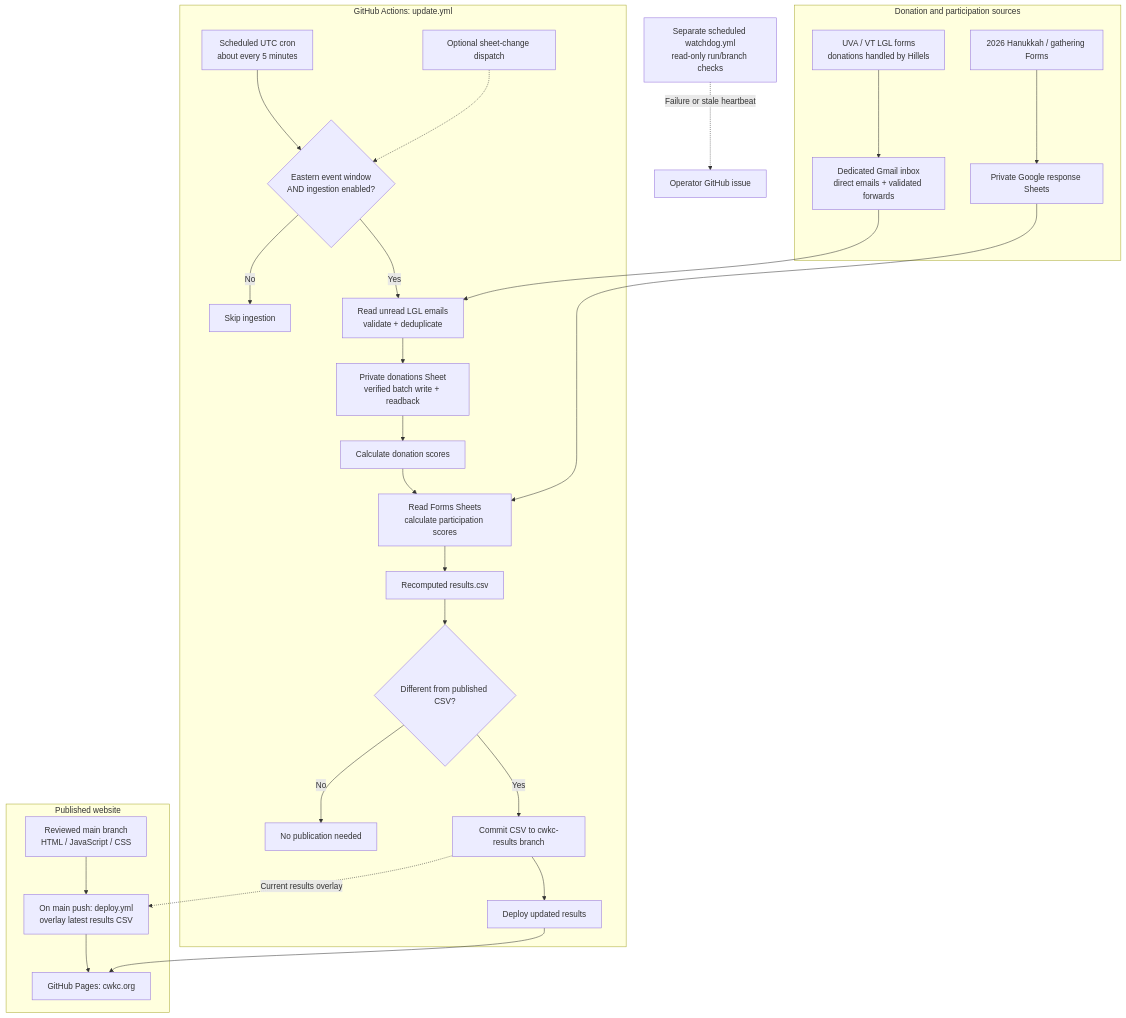
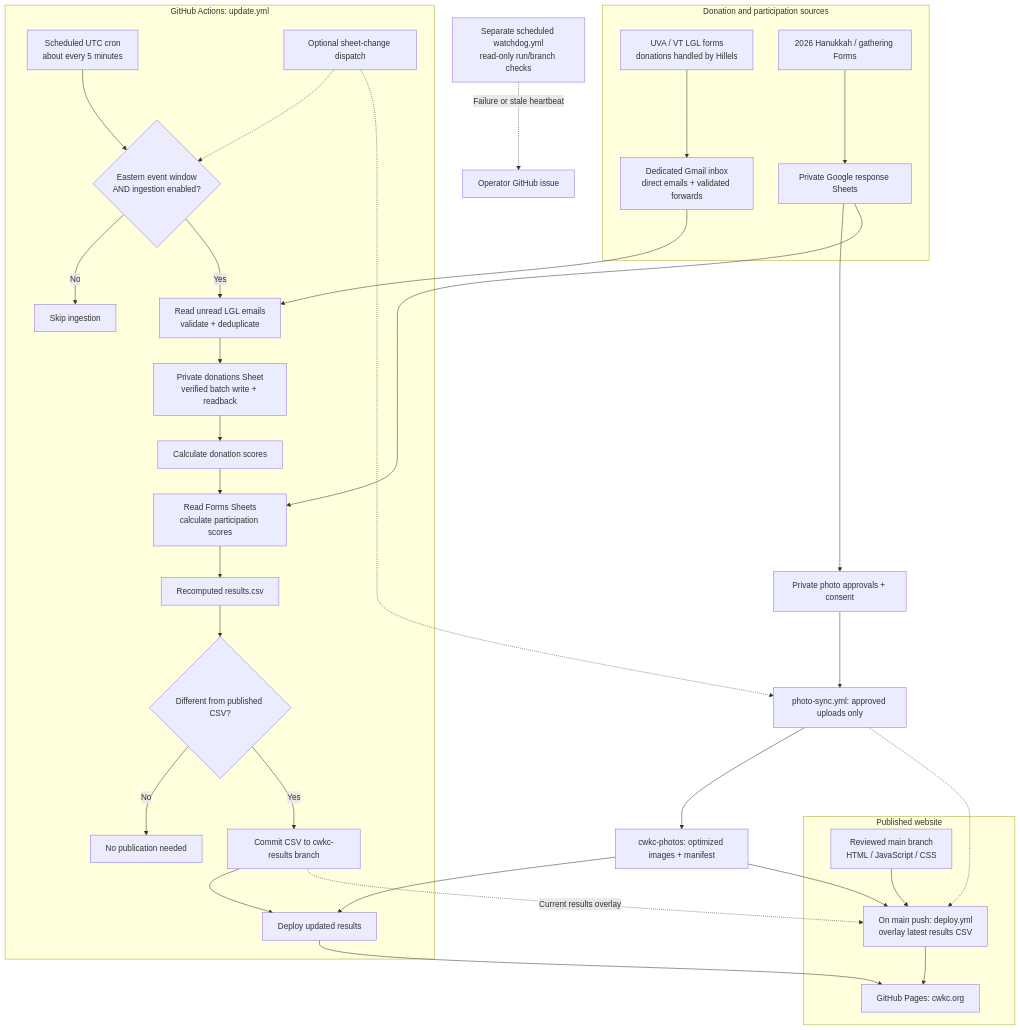
One commit to msaperst/cwkc-v2 changed the diagram in README.md. Above: the diagram before and after it, drawn with Mermaid. The commit also changed other lines of this file, not shown here.

Commit message:
Document independent moderated gallery in README.md

````diff
--- a/README.md
+++ b/README.md
@@ -17,34 +18,42 @@
 ```mermaid
 flowchart TB
     subgraph sources["Donation and participation sources"]
         LGL["UVA / VT LGL forms<br/>donations handled by Hillels"] --> MAIL["Dedicated Gmail inbox<br/>direct emails + validated forwards"]
         FORMS["2026 Hanukkah / gathering Forms"] --> RESP["Private Google response Sheets"]
     end
 
     subgraph updates["GitHub Actions: update.yml"]
         CRON["Scheduled UTC cron<br/>about every 5 minutes"] --> GATE{"Eastern event window<br/>AND ingestion enabled?"}
         DISPATCH["Optional sheet-change dispatch"] -.-> GATE
         GATE -->|No| SKIP["Skip ingestion"]
         GATE -->|Yes| INGEST["Read unread LGL emails<br/>validate + deduplicate"]
         INGEST --> LEDGER["Private donations Sheet<br/>verified batch write + readback"]
         LEDGER --> SCORE["Calculate donation scores"]
         SCORE --> PARTICIPATION["Read Forms Sheets<br/>calculate participation scores"]
         PARTICIPATION --> CSV["Recomputed results.csv"]
         CSV --> CHANGED{"Different from published CSV?"}
         CHANGED -->|No| NOCHANGE["No publication needed"]
         CHANGED -->|Yes| DATA["Commit CSV to cwkc-results branch"]
         DATA --> RESULTDEPLOY["Deploy updated results"]
     end
 
+    RESP --> APPROVAL["Private photo approvals + consent"]
+    DISPATCH -.-> PHOTOS["photo-sync.yml: approved uploads only"]
+    APPROVAL --> PHOTOS
+    PHOTOS --> GALLERY["cwkc-photos: optimized images + manifest"]
+    GALLERY --> CODEDEPLOY
+    GALLERY --> RESULTDEPLOY
+    PHOTOS -.-> CODEDEPLOY
+
     MAIL --> INGEST
     RESP --> PARTICIPATION
 
     subgraph public["Published website"]
         MAIN["Reviewed main branch<br/>HTML / JavaScript / CSS"] --> CODEDEPLOY["On main push: deploy.yml<br/>overlay latest results CSV"]
         CODEDEPLOY --> PAGES["GitHub Pages: cwkc.org"]
         RESULTDEPLOY --> PAGES
     end
     DATA -.->|Current results overlay| CODEDEPLOY
 
     WATCH["Separate scheduled watchdog.yml<br/>read-only run/branch checks"] -.->|Failure or stale heartbeat| ISSUE["Operator GitHub issue"]
 ```
````
